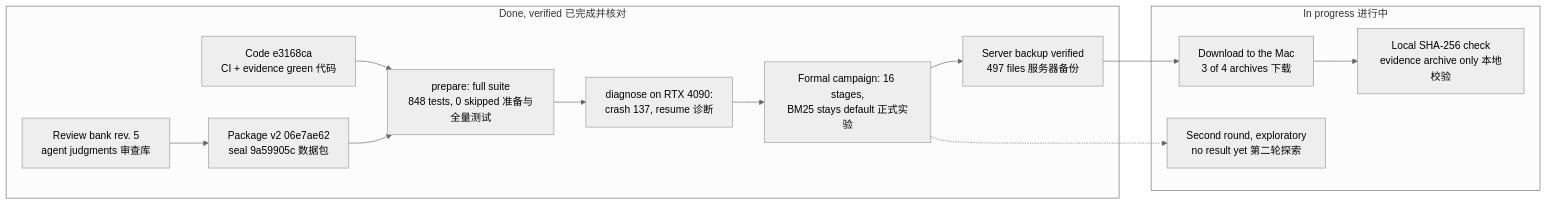
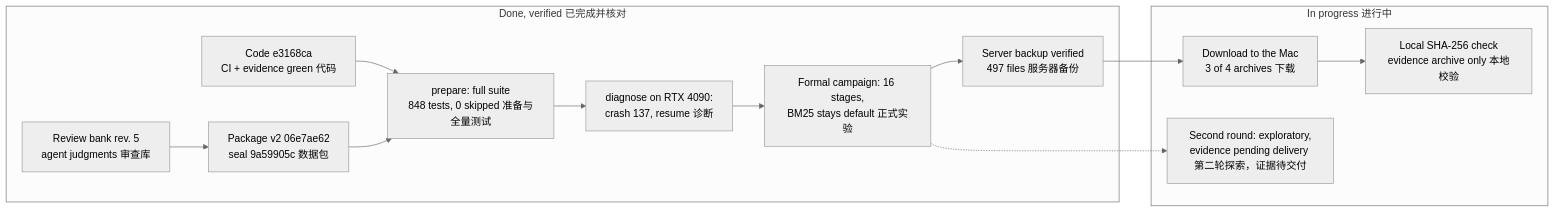
Before and after one commit to Hector-sau/devsearch: the first of 5 diagrams in docs/DIAGRAMS.md, drawn with Mermaid (neutral theme). The commit also changed 9 other files, not shown here.

Commit message:
Docs: second round worded uniformly as 'exploratory experiment; complete evidence pending delivery'

````diff
--- a/docs/DIAGRAMS.md
+++ b/docs/DIAGRAMS.md
@@ -12,21 +12,21 @@
 ```mermaid
 flowchart LR
   subgraph DONE["Done, verified 已完成并核对"]
     C["Code e3168ca<br/>CI + evidence green 代码"]
     B["Review bank rev. 5<br/>agent judgments 审查库"]
     P["Package v2 06e7ae62<br/>seal 9a59905c 数据包"]
     Q["prepare: full suite<br/>848 tests, 0 skipped 准备与全量测试"]
     D["diagnose on RTX 4090:<br/>crash 137, resume 诊断"]
     R["Formal campaign: 16 stages,<br/>BM25 stays default 正式实验"]
     K["Server backup verified<br/>497 files 服务器备份"]
   end
   subgraph NOW["In progress 进行中"]
     W["Download to the Mac<br/>3 of 4 archives 下载"]
     H["Local SHA-256 check<br/>evidence archive only 本地校验"]
-    X["Second round, exploratory<br/>no result yet 第二轮探索"]
+    X["Second round: exploratory,<br/>evidence pending delivery 第二轮探索，证据待交付"]
   end
   C --> Q
   B --> P --> Q
   Q --> D --> R --> K --> W --> H
   R -.-> X
 ```
````
